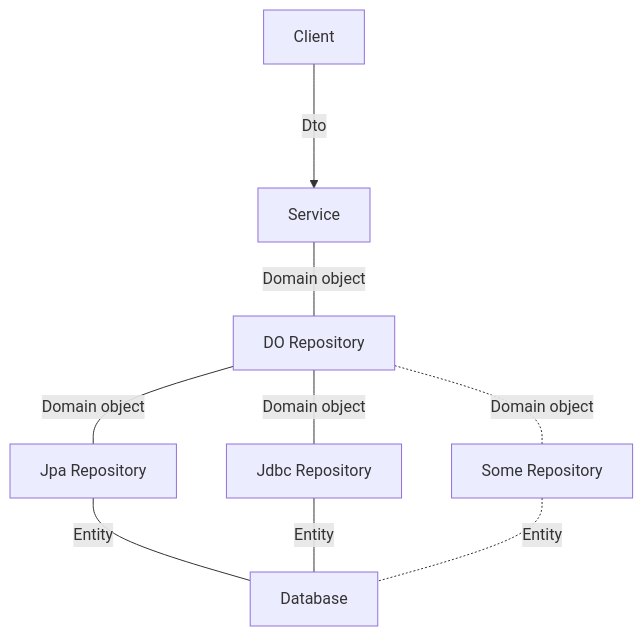
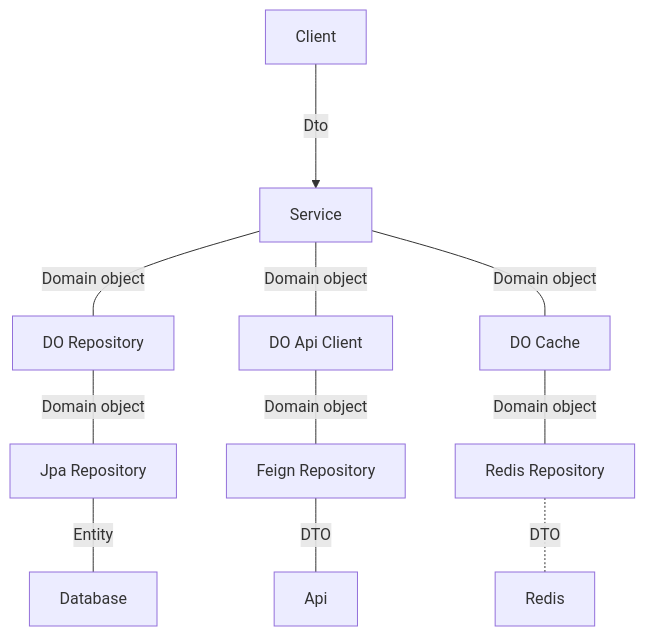
One commit to disdong123/virtual-drivers changed the second of 2 diagrams in readme.md. Above: the diagram before and after it, drawn with Mermaid. The commit also changed other lines of this file and 37 other files, not shown here.

````diff
--- a/readme.md
+++ b/readme.md
@@ -7,11 +18,13 @@
 ```mermaid
 flowchart TB
   Client --->|Dto| Service
   Service ---|Domain object| DORepository[DO Repository]
+  Service ---|Domain object| DOApiClient[DO Api Client]
+  Service ---|Domain object| DOCache[DO Cache]
   DORepository ---|Domain object| JpaRepository[Jpa Repository]
-  DORepository ---|Domain object| JdbcRepository[Jdbc Repository]
-  DORepository -.-|Domain object| SomeRepository[Some Repository]
+  DOApiClient ---|Domain object| FeignClient[Feign Repository]
+  DOCache ---|Domain object| RedisCache[Redis Repository]
   JpaRepository ---|Entity| Database
-  JdbcRepository ---|Entity| Database
-  SomeRepository -.-|Entity| Database
+  FeignClient ---|DTO| Api
+  RedisCache -.-|DTO| Redis
 ```
````
